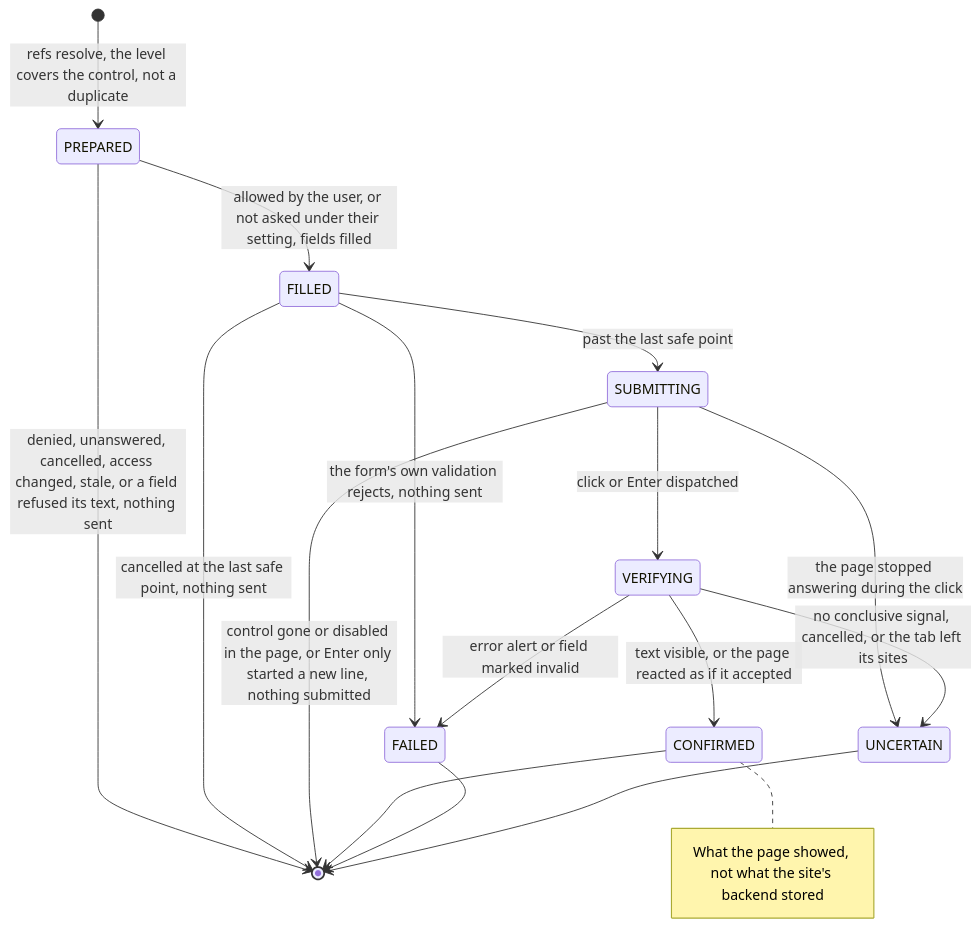
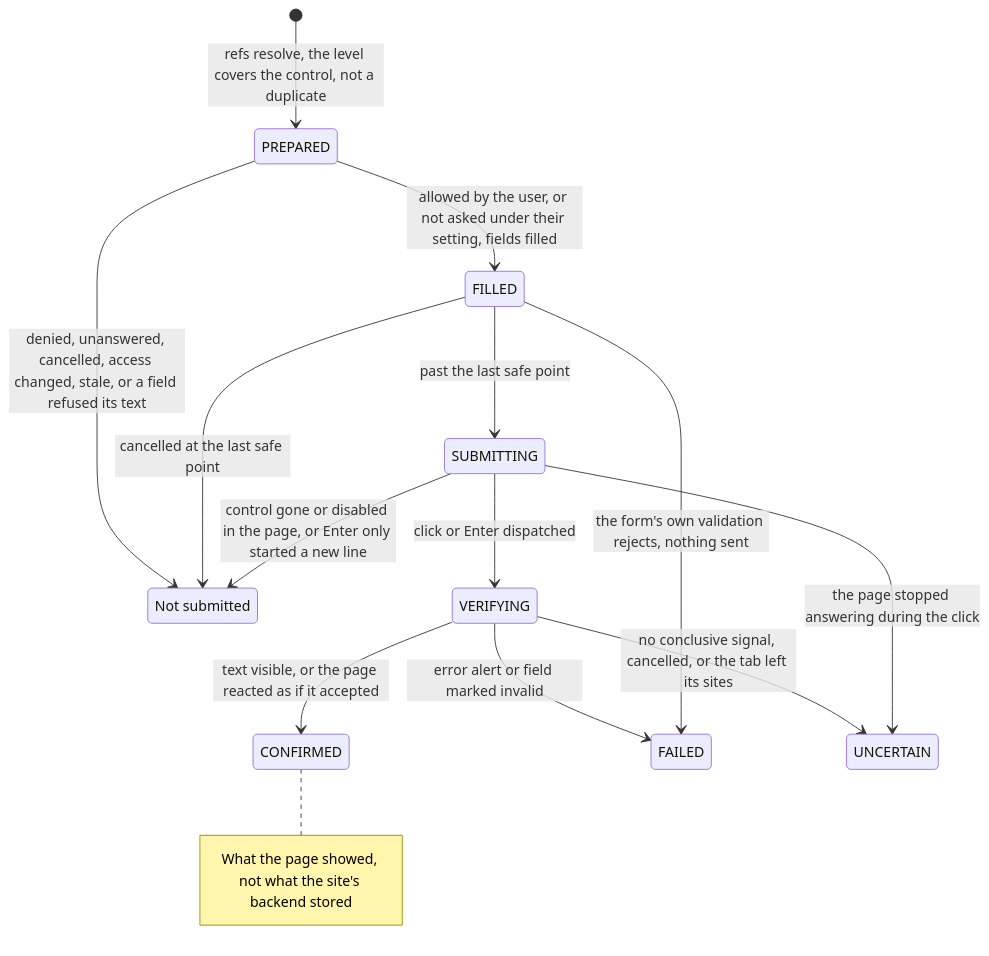
Before and after one commit to LaughingManCommits/TabGoblin: the sixth of 8 diagrams in docs/architecture.md, drawn with Mermaid. The commit also changed other lines of this file and 11 other files, not shown here.

First line of the commit message:
Align the diagrams: even legends, labels clear of borders, notes that fit

````diff
--- a/docs/architecture.md
+++ b/docs/architecture.md
@@ -430,21 +430,19 @@
 ```mermaid
 stateDiagram-v2
+  state "Not submitted" as NOT_SUBMITTED
   [*] --> PREPARED: refs resolve, the level covers the control, not a duplicate
-  PREPARED --> [*]: denied, unanswered, cancelled, access changed, stale, or a field refused its text, nothing sent
   PREPARED --> FILLED: allowed by the user, or not asked under their setting, fields filled
-  FILLED --> FAILED: the form's own validation rejects, nothing sent
-  FILLED --> [*]: cancelled at the last safe point, nothing sent
   FILLED --> SUBMITTING: past the last safe point
-  SUBMITTING --> [*]: control gone or disabled in the page, or Enter only started a new line, nothing submitted
-  SUBMITTING --> UNCERTAIN: the page stopped answering during the click
   SUBMITTING --> VERIFYING: click or Enter dispatched
   VERIFYING --> CONFIRMED: text visible, or the page reacted as if it accepted
   VERIFYING --> FAILED: error alert or field marked invalid
   VERIFYING --> UNCERTAIN: no conclusive signal, cancelled, or the tab left its sites
-  CONFIRMED --> [*]
-  FAILED --> [*]
-  UNCERTAIN --> [*]
+  SUBMITTING --> UNCERTAIN: the page stopped answering during the click
+  FILLED --> FAILED: the form's own validation rejects, nothing sent
+  PREPARED --> NOT_SUBMITTED: denied, unanswered, cancelled, access changed, stale, or a field refused its text
+  FILLED --> NOT_SUBMITTED: cancelled at the last safe point
+  SUBMITTING --> NOT_SUBMITTED: control gone or disabled in the page, or Enter only started a new line
   note right of CONFIRMED
     What the page showed, not what the site's backend stored
   end note
 ```
````
